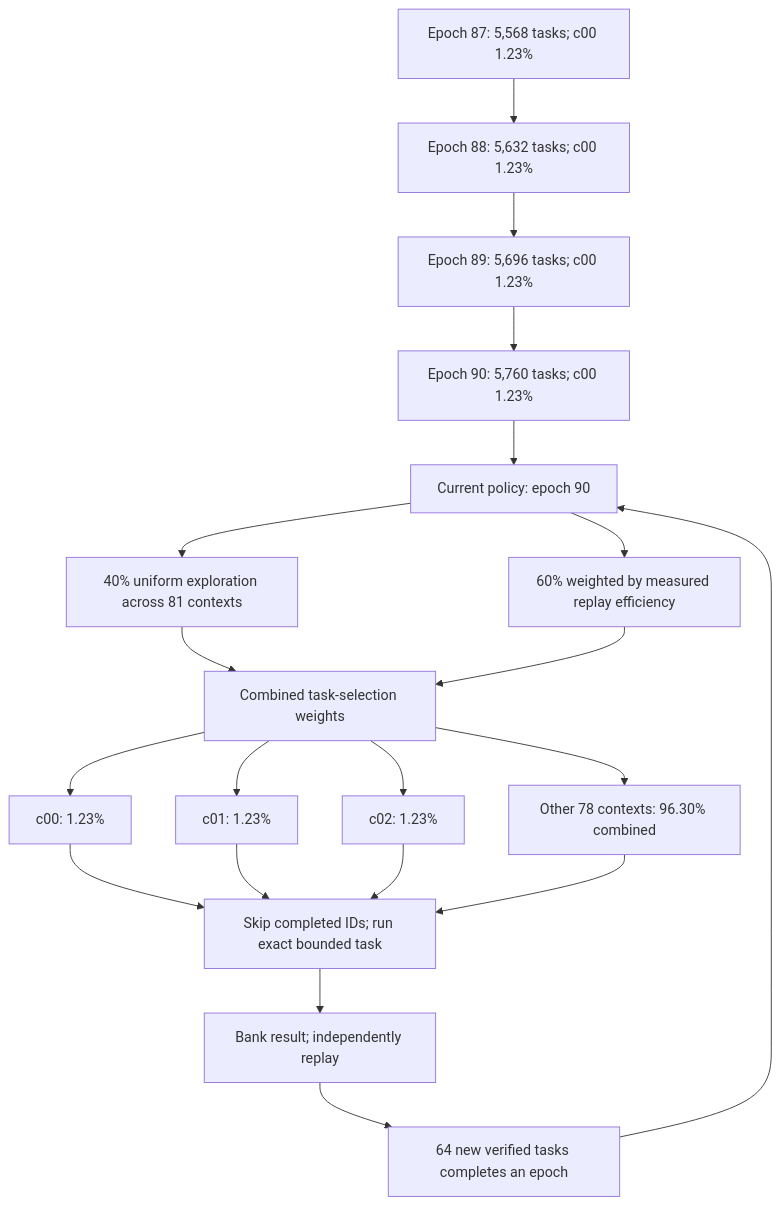
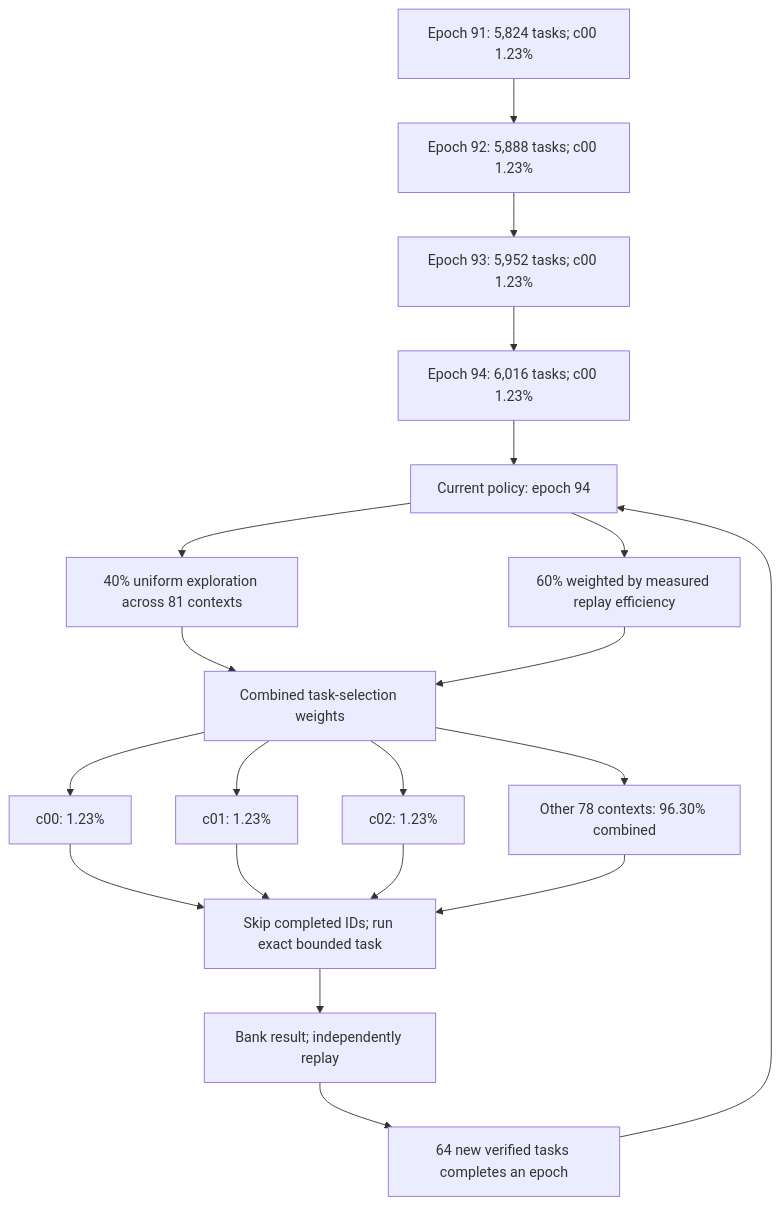
One commit to Kuberwastaken/math-gambling changed the diagram in README.md. Above: the diagram before and after it, drawn with Mermaid. The commit also changed other lines of this file and 592 other files, not shown here.

````diff
--- a/README.md
+++ b/README.md
@@ -48,27 +48,27 @@
 ```mermaid
 flowchart TD
-    H0["Epoch 87: 5,568 tasks; c00 1.23%"]
-    H1["Epoch 88: 5,632 tasks; c00 1.23%"]
+    H0["Epoch 91: 5,824 tasks; c00 1.23%"]
+    H1["Epoch 92: 5,888 tasks; c00 1.23%"]
     H0 --> H1
-    H2["Epoch 89: 5,696 tasks; c00 1.23%"]
+    H2["Epoch 93: 5,952 tasks; c00 1.23%"]
     H1 --> H2
-    H3["Epoch 90: 5,760 tasks; c00 1.23%"]
+    H3["Epoch 94: 6,016 tasks; c00 1.23%"]
     H2 --> H3
-    Policy["Current policy: epoch 90"]
+    Policy["Current policy: epoch 94"]
     H3 --> Policy
     Policy --> Explore["40% uniform exploration across 81 contexts"]
     Policy --> Cost["60% weighted by measured replay efficiency"]
     Explore --> Mix["Combined task-selection weights"]
     Cost --> Mix
     Mix --> C0["c00: 1.23%"]
     Mix --> C1["c01: 1.23%"]
     Mix --> C2["c02: 1.23%"]
     Mix --> Rest["Other 78 contexts: 96.30% combined"]
     C0 --> Check["Skip completed IDs; run exact bounded task"]
     C1 --> Check
     C2 --> Check
     Rest --> Check
     Check --> Replay["Bank result; independently replay"]
     Replay --> Gate["64 new verified tasks completes an epoch"]
     Gate --> Policy
 ```
````
